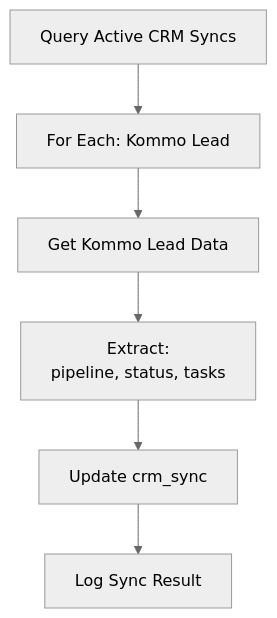
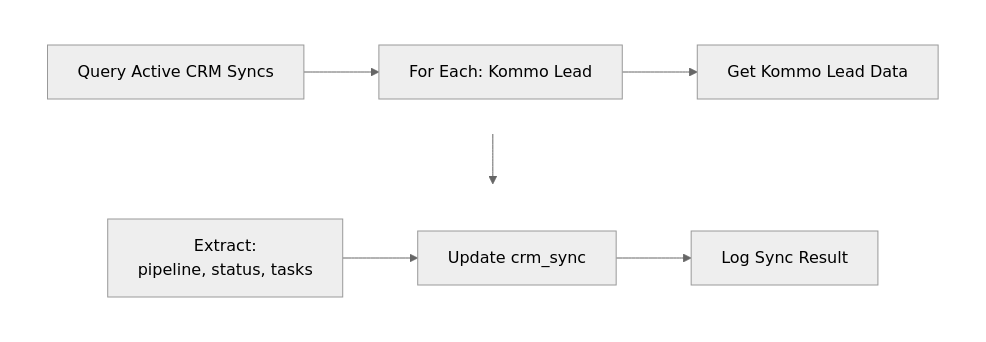
Before and after one commit to AlexLvGulyaev/Lead-Qualification-MVP: the eighth of 10 diagrams in docs/ARCHITECTURE.md, drawn with Mermaid (neutral theme). The commit also changed other lines of this file and 29 other files, not shown here.

````diff
--- a/docs/ARCHITECTURE.md
+++ b/docs/ARCHITECTURE.md
@@ -401,11 +398,15 @@
 ```mermaid
 flowchart TB
-    Query["Query Active CRM Syncs"]
-    ForEach["For Each: Kommo Lead"]
-    GetLead["Get Kommo Lead Data"]
-    Extract["Extract:<br/>pipeline, status, tasks"]
-    Update["Update crm_sync"]
-    Log["Log Sync Result"]
-    
-    Query --> ForEach --> GetLead --> Extract --> Update --> Log
+    subgraph row1[" "]
+        direction LR
+        Query["Query Active CRM Syncs"] --> ForEach["For Each: Kommo Lead"] --> GetLead["Get Kommo Lead Data"]
+    end
+    subgraph row2[" "]
+        direction LR
+        Extract["Extract:<br/>pipeline, status, tasks"] --> Update["Update crm_sync"] --> Log["Log Sync Result"]
+    end
+    row1 --> row2
+
+    style row1 fill:none,stroke:none
+    style row2 fill:none,stroke:none
 ```
````
